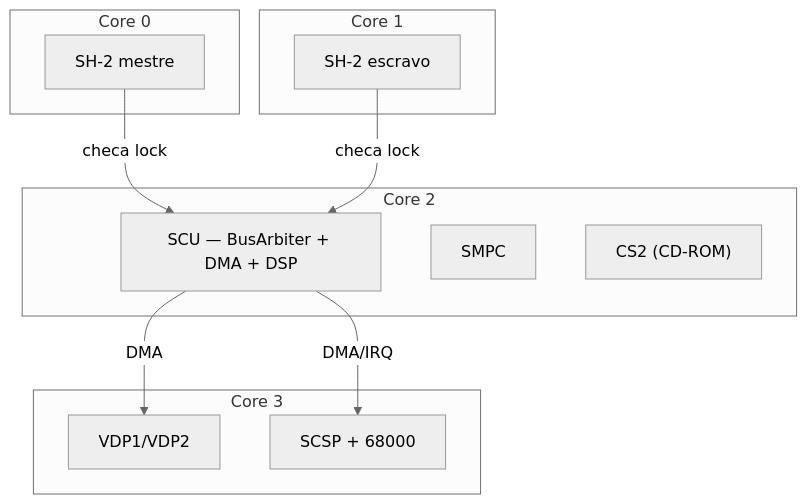
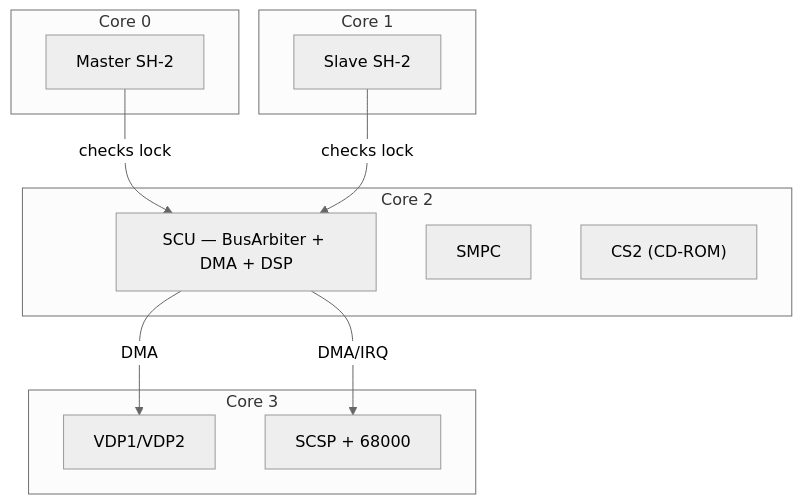
Diagram 16 of 16 in docs/first_architectural_draft.md (jhonatanTeixeira/mimas-saturn-emulator), drawn with Mermaid (neutral theme) before and after one commit. The commit also changed other lines of this file and 2 other files, not shown here.

First line of the commit message:
Translate architecture planning docs to English

````diff
--- a/docs/first_architectural_draft.md
+++ b/docs/first_architectural_draft.md
@@ -262,22 +262,22 @@
 ```mermaid
 graph TD
     subgraph Core0["Core 0"]
-    SH2M["SH-2 mestre"]
+    SH2M["Master SH-2"]
     end
     subgraph Core1["Core 1"]
-    SH2S["SH-2 escravo"]
+    SH2S["Slave SH-2"]
     end
     subgraph Core2["Core 2"]
     SCU["SCU — BusArbiter + DMA + DSP"]
     SMPC
     CS2["CS2 (CD-ROM)"]
     end
     subgraph Core3["Core 3"]
     Video["VDP1/VDP2"]
     Audio["SCSP + 68000"]
     end
-    SH2M -->|checa lock| SCU
-    SH2S -->|checa lock| SCU
+    SH2M -->|checks lock| SCU
+    SH2S -->|checks lock| SCU
     SCU -->|DMA| Video
     SCU -->|DMA/IRQ| Audio
 ```
````
